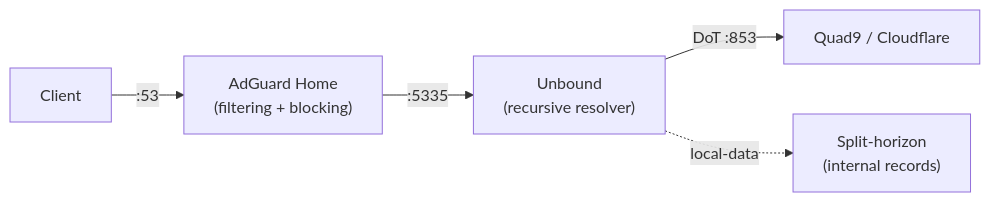
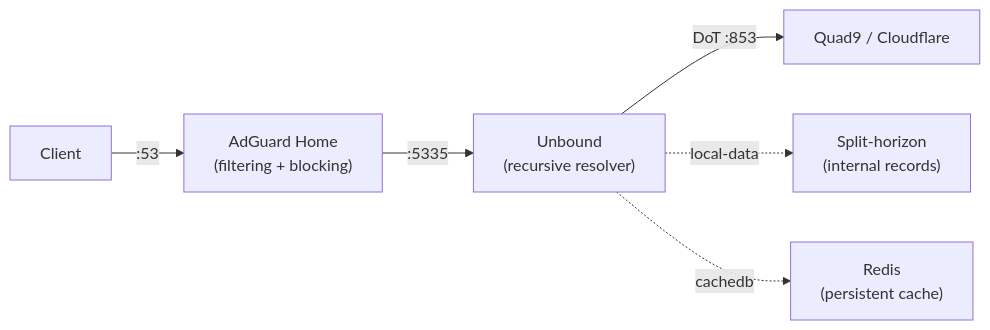
The diagram in services/adguard/README.md (DevSecNinja/truenas-apps), drawn with Mermaid before and after one commit. The commit also changed other lines of this file and 3 other files, not shown here.

First line of the commit message:
feat(adguard): add Redis persistent DNS cache for Unbound via cachedb module

````diff
--- a/services/adguard/README.md
+++ b/services/adguard/README.md
@@ -31,7 +31,8 @@
 ```mermaid
 flowchart LR
     Client -->|":53"| AdGuard["AdGuard Home\n(filtering + blocking)"]
     AdGuard -->|":5335"| Unbound["Unbound\n(recursive resolver)"]
     Unbound -->|"DoT :853"| Upstream["Quad9 / Cloudflare"]
     Unbound -.->|"local-data"| Split["Split-horizon\n(internal records)"]
+    Unbound -.->|"cachedb"| Redis["Redis\n(persistent cache)"]
 ```
````
